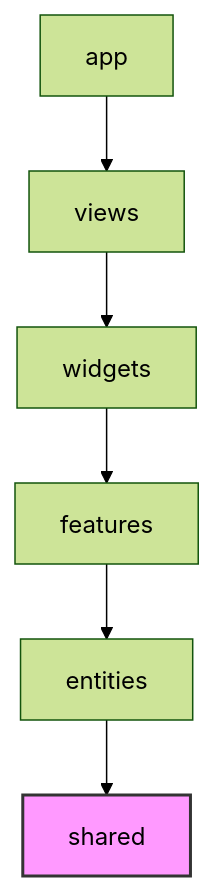
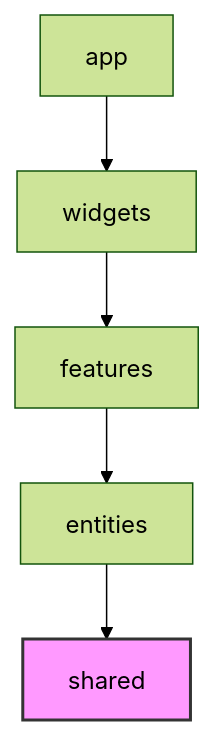
The diagram in src/shared/guide.md (prgrms-fullcycle-devcourse/webfull_9_10_Secretly-Greatly_FE), drawn with Mermaid (forest theme) before and after one commit. The commit also changed other lines of this file and 2 other files, not shown here.

Commit message:
chore : view 폴더 삭제로 가이드 문서 수정

````diff
--- a/src/shared/guide.md
+++ b/src/shared/guide.md
@@ -46,10 +46,9 @@
 ```mermaid
 graph TD
-    App[app] --> Views[views]
-    Views --> Widgets[widgets]
+    App[app] --> Widgets[widgets]
     Widgets --> Features[features]
     Features --> Entities[entities]
     Entities --> Shared[shared]
     
     style Shared fill:#f9f,stroke:#333,stroke-width:2px
 ```
````
